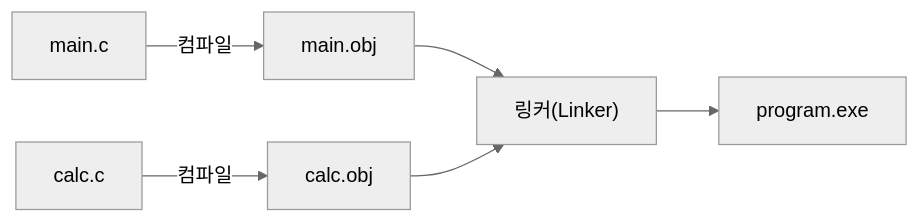
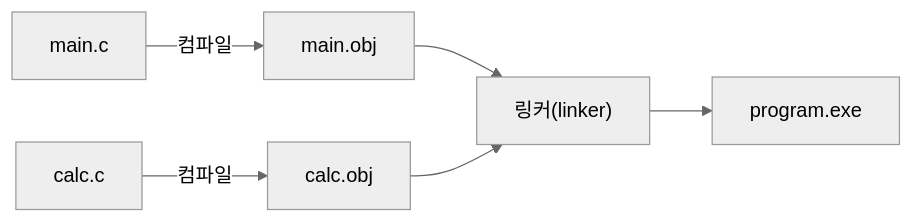
The diagram in _posts/2026-11-23-c-structure-separation.md (shm3041/shm3041.github.io), drawn with Mermaid (neutral theme) before and after one commit. The commit also changed other lines of this file, not shown here.

````diff
--- a/_posts/2026-11-23-c-structure-separation.md
+++ b/_posts/2026-11-23-c-structure-separation.md
@@ -25,8 +16,8 @@
 ```mermaid
 flowchart LR
     A["main.c"] -->|컴파일| A2["main.obj"]
     B["calc.c"] -->|컴파일| B2["calc.obj"]
-    A2 --> L["링커(Linker)"]
+    A2 --> L["링커(linker)"]
     B2 --> L
     L --> E["program.exe"]
 ```
````
